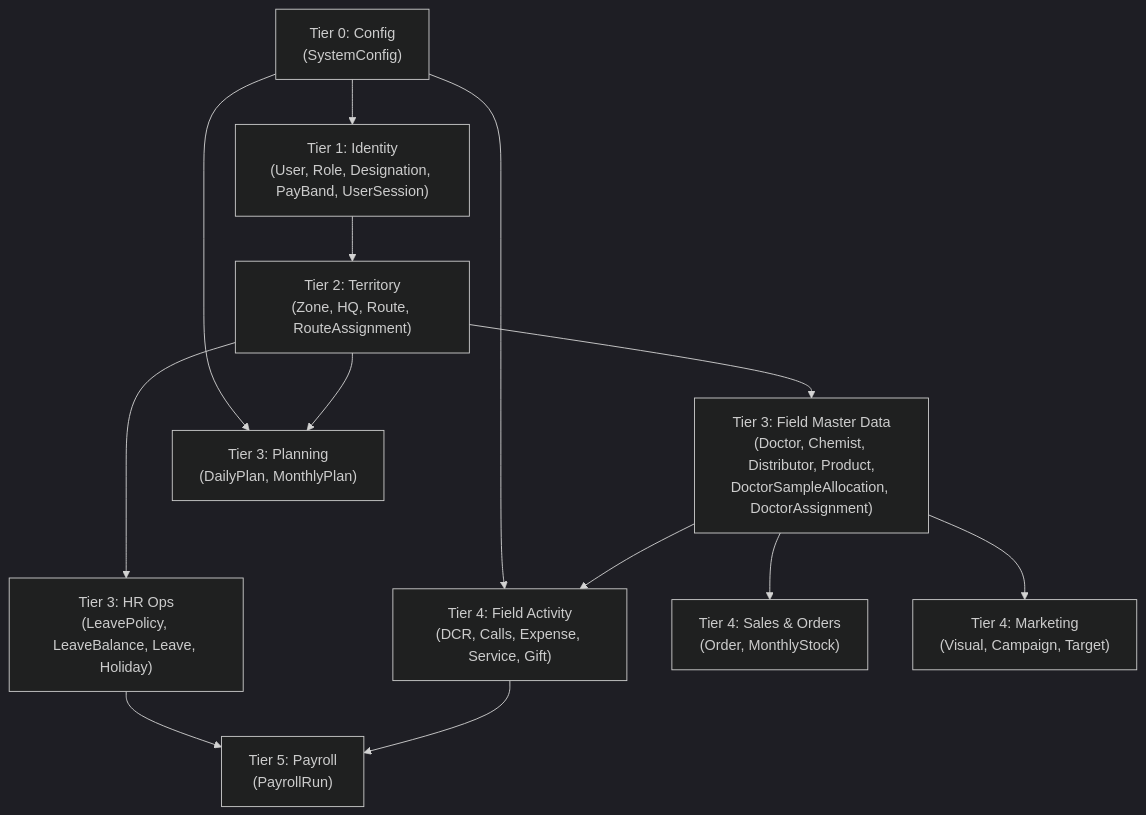
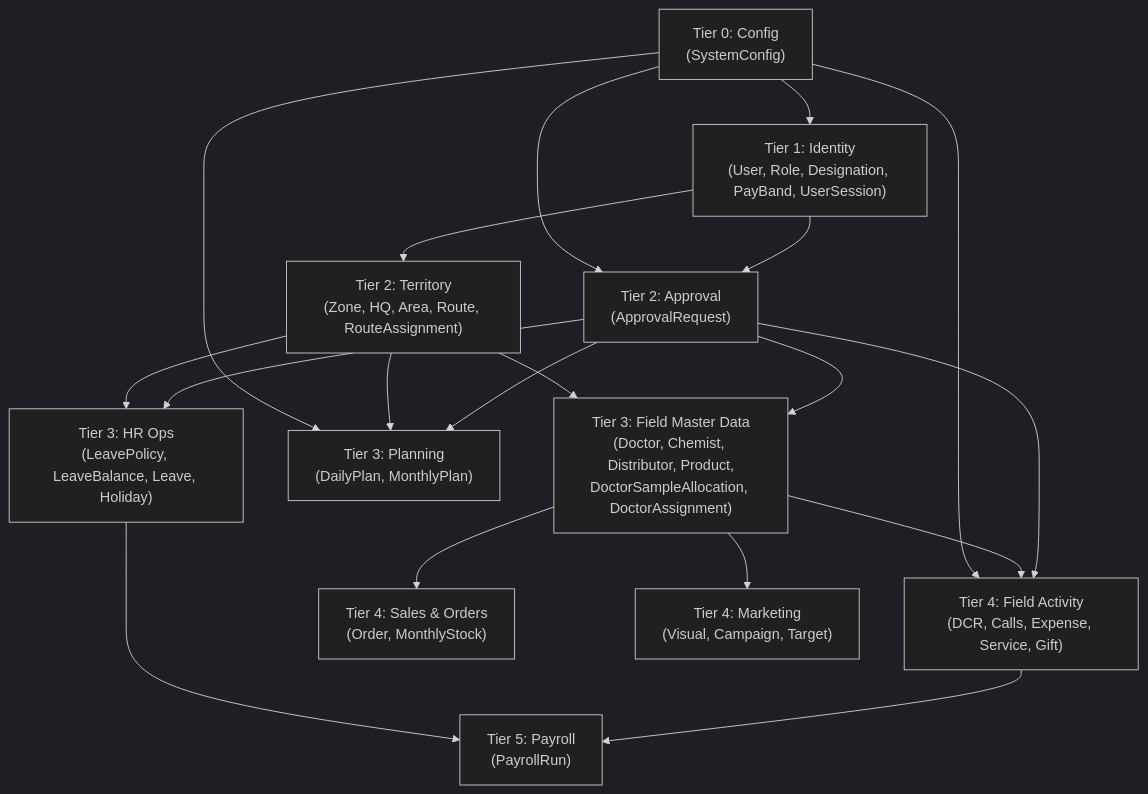
Before and after one commit to reboot-ai-private-limited/greynote: the second of 2 diagrams in docs/hld/03-system-architecture.md, drawn with Mermaid (dark theme). The commit also changed 12 other files, not shown here.

````diff
--- a/docs/hld/03-system-architecture.md
+++ b/docs/hld/03-system-architecture.md
@@ -38,26 +38,33 @@
 ```mermaid
 graph TD
     Config["Tier 0: Config<br/>(SystemConfig)"]
     Identity["Tier 1: Identity<br/>(User, Role, Designation, PayBand, UserSession)"]
-    Territory["Tier 2: Territory<br/>(Zone, HQ, Route, RouteAssignment)"]
+    Territory["Tier 2: Territory<br/>(Zone, HQ, Area, Route, RouteAssignment)"]
+    Approval["Tier 2: Approval<br/>(ApprovalRequest)"]
     FMD["Tier 3: Field Master Data<br/>(Doctor, Chemist, Distributor, Product,<br/>DoctorSampleAllocation, DoctorAssignment)"]
     Planning["Tier 3: Planning<br/>(DailyPlan, MonthlyPlan)"]
     HR["Tier 3: HR Ops<br/>(LeavePolicy, LeaveBalance, Leave, Holiday)"]
     FieldActivity["Tier 4: Field Activity<br/>(DCR, Calls, Expense, Service, Gift)"]
     Sales["Tier 4: Sales & Orders<br/>(Order, MonthlyStock)"]
     Marketing["Tier 4: Marketing<br/>(Visual, Campaign, Target)"]
     Payroll["Tier 5: Payroll<br/>(PayrollRun)"]
 
     Config --> Identity
     Identity --> Territory
+    Identity --> Approval
+    Config --> Approval
+    Approval --> Planning
+    Approval --> HR
+    Approval --> FMD
+    Approval --> FieldActivity
     Territory --> FMD
     Territory --> Planning
     Territory --> HR
     Config --> Planning
     FMD --> FieldActivity
     Config --> FieldActivity
     FMD --> Sales
     FMD --> Marketing
     FieldActivity --> Payroll
     HR --> Payroll
 ```
````
